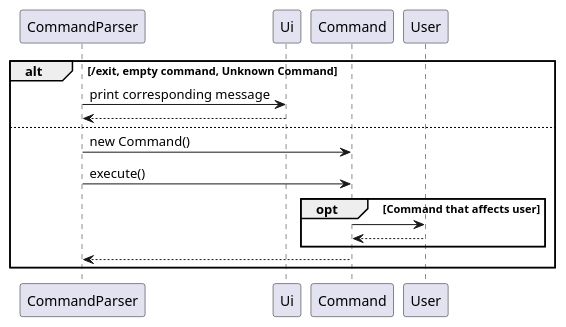
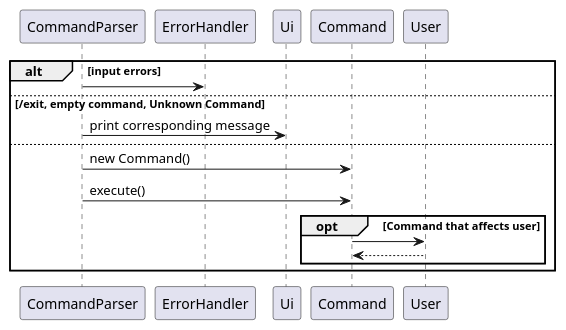
The diagram in docs/diagrams/successfulCommandSequence.puml (itsjoelha/tp), drawn with PlantUML before and after one commit. The commit also changed 3 other files, not shown here.

```diff
--- a/docs/diagrams/successfulCommandSequence.puml
+++ b/docs/diagrams/successfulCommandSequence.puml
@@ -1,15 +1,16 @@
 @startuml
 'https://plantuml.com/sequence-diagram
-alt /exit, empty command, Unknown Command
+alt input errors
+    CommandParser -> ErrorHandler
+else /exit, empty command, Unknown Command
     CommandParser -> Ui: print corresponding message
-    Ui --> CommandParser
+
 else
 CommandParser -> Command: new Command()
 CommandParser -> Command: execute()
     opt Command that affects user
         Command -> User
         User --> Command
     end
-    Command --> CommandParser
 end
 @enduml
```
